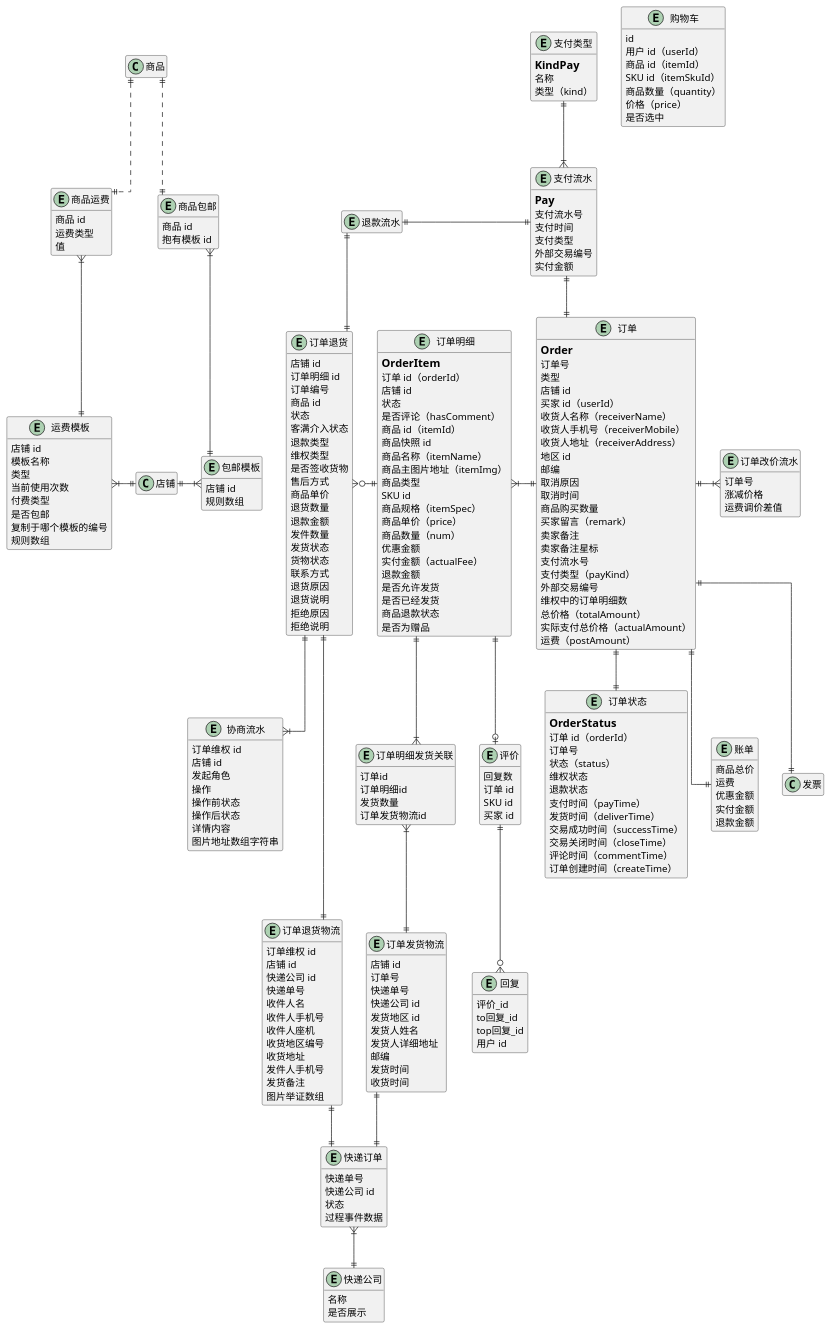
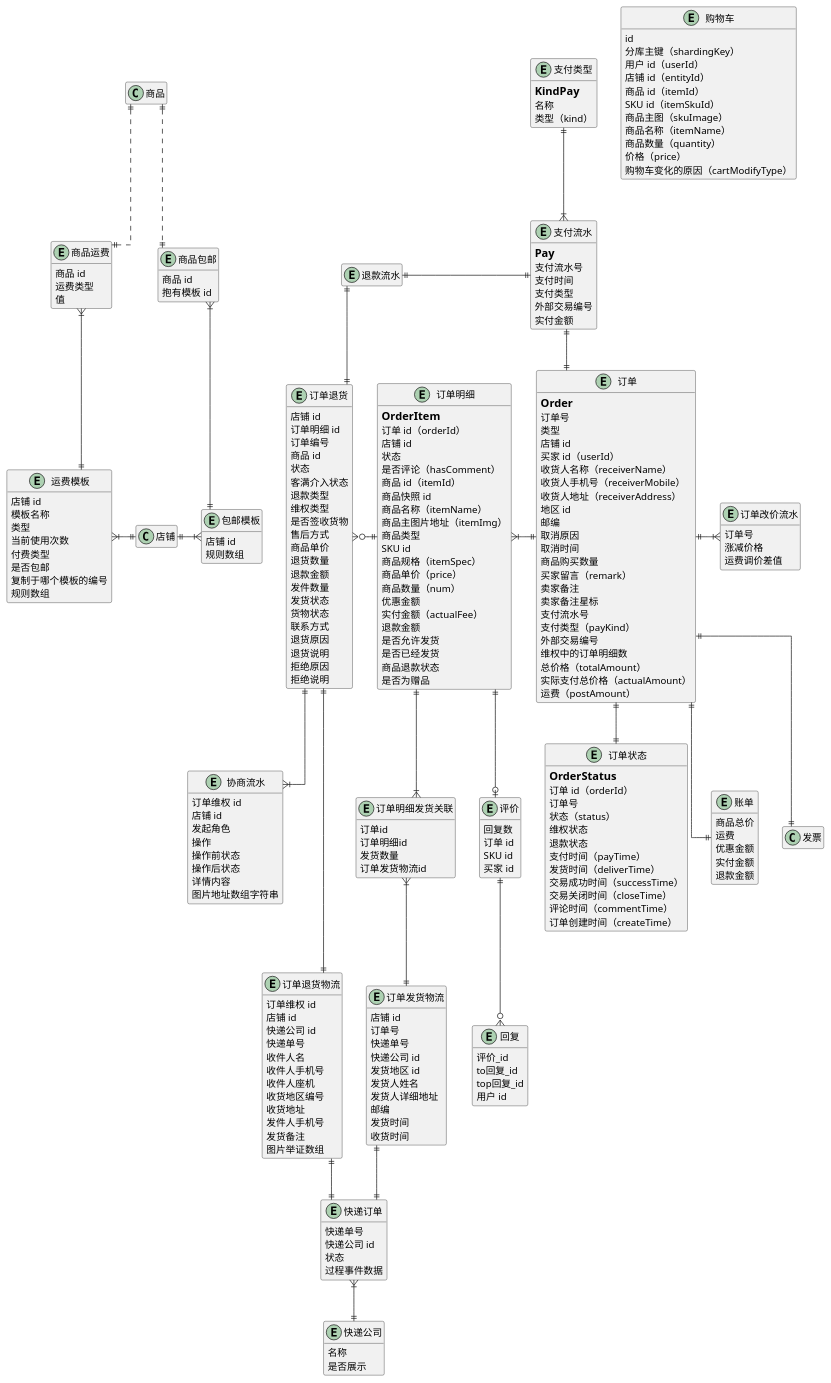
Before and after one commit to awesomecat2020/mock-mall: the diagram in doc/ER/订单.puml, drawn with PlantUML. The commit also changed 4 other files, not shown here.

```diff
--- a/doc/ER/订单.puml
+++ b/doc/ER/订单.puml
@@ -392,12 +392,16 @@
 ' ==================== 购物车 ====================
 entity 购物车 {
     id
+    分库主键（shardingKey）
     用户 id（userId）
+    店铺 id（entityId）
     商品 id（itemId）
     SKU id（itemSkuId）
+    商品主图（skuImage）
+    商品名称（itemName）
     商品数量（quantity）
     价格（price）
-    是否选中
+    购物车变化的原因（cartModifyType）
 }
 
 
```
